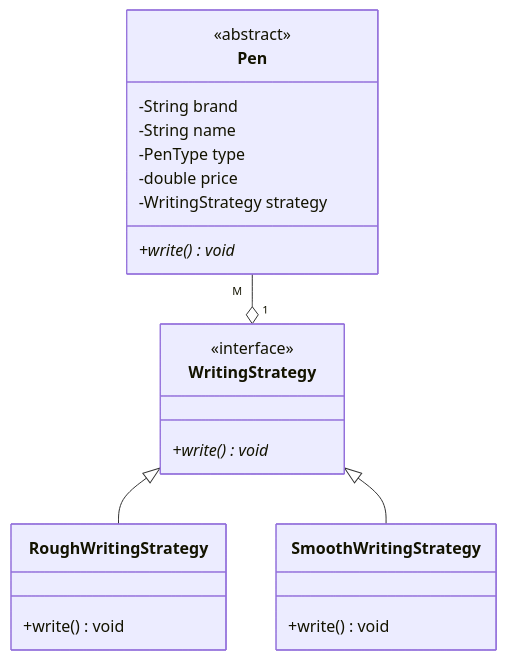
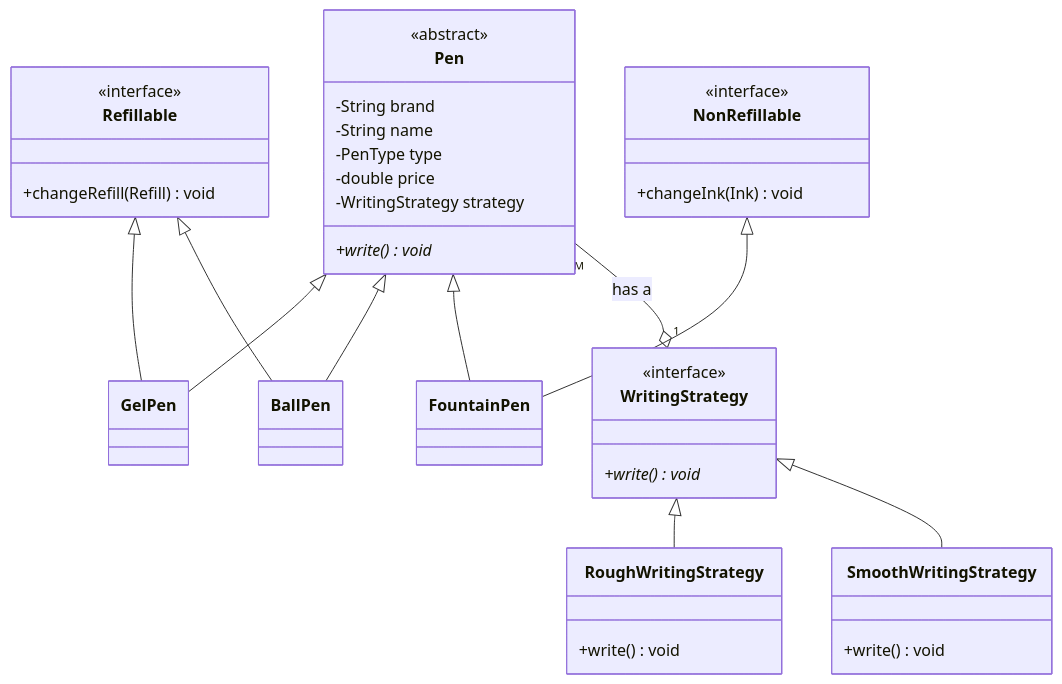
Before and after one commit to AdityaMhetras/ScalerLLD: the diagram in LLD/ScalerLLD/src/main/java/com/scaler/lld/design/kalam/models/design-a-pen.md, drawn with Mermaid.

Commit message:
Liskov Substitution for Fountain Pen

````diff
--- a/LLD/ScalerLLD/src/main/java/com/scaler/lld/design/kalam/models/design-a-pen.md
+++ b/LLD/ScalerLLD/src/main/java/com/scaler/lld/design/kalam/models/design-a-pen.md
@@ -1,31 +1,51 @@
 ```mermaid
 classDiagram
     class Pen {
         <<abstract>>
         -String brand
         -String name
         -PenType type
         -double price
         -WritingStrategy strategy
         +write()* void
     }
+    
+    class Refillable {
+        <<interface>>
+        +changeRefill(Refill) void
+    }
+    
+    class NonRefillable {
+        <<interface>>
+        +changeInk(Ink) void
+    }
+    
+    Pen <|-- GelPen
+    Refillable <|-- GelPen
+    
+    Pen <|-- BallPen
+    Refillable <|-- BallPen
+    
+    Pen <|-- FountainPen
+    NonRefillable <|-- FountainPen
+
     
     class WritingStrategy {
         <<interface>>
         +write()* void
     }
     
     class RoughWritingStrategy {
             +write() void
     }
  
     class SmoothWritingStrategy {
             +write() void
     }
 
     WritingStrategy <|-- RoughWritingStrategy    
     WritingStrategy <|-- SmoothWritingStrategy
     
-    Pen "M" --o "1" WritingStrategy
+    Pen "M" "" --o "1" WritingStrategy : has a
 
 ```
````
